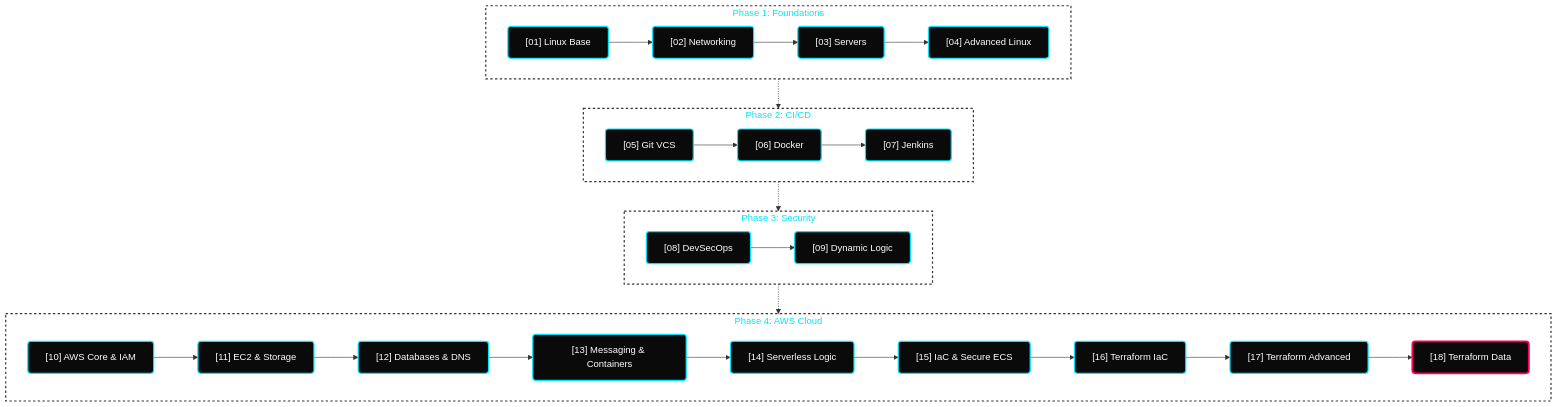
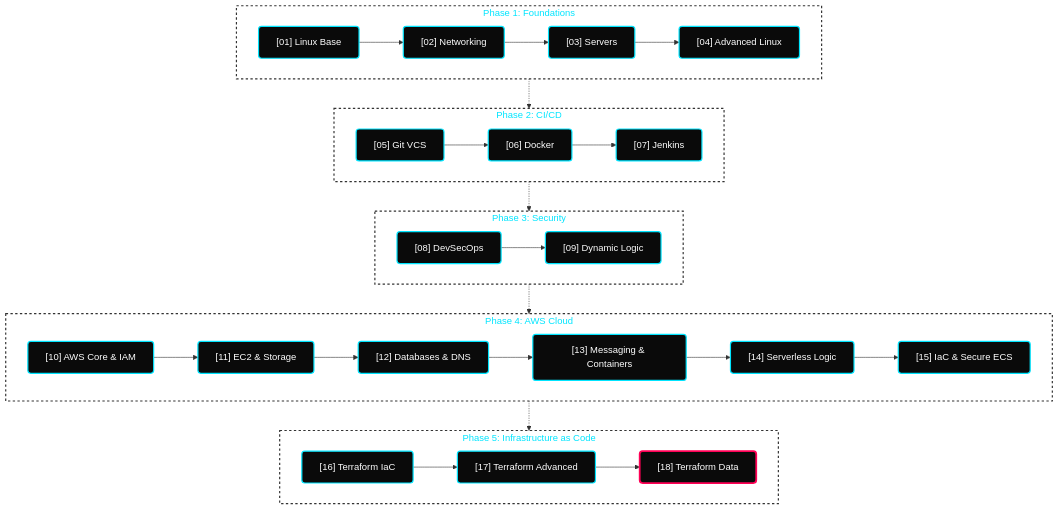
One commit to hridyen/DevOps-Survival-Roadmap changed the diagram in README.md. Above: the diagram before and after it, drawn with Mermaid. The commit also changed other lines of this file, not shown here.

Commit message:
updated readme with phase 5

````diff
--- a/README.md
+++ b/README.md
@@ -104,28 +106,33 @@
 ```mermaid
 flowchart TD
     classDef default fill:#0A0A0A,stroke:#00E5FF,stroke-width:2px,color:#FFFFFF,rx:5px,ry:5px;
     classDef active fill:#0A0A0A,stroke:#FF0055,stroke-width:3px,color:#FFFFFF,rx:5px,ry:5px;
     classDef phase fill:transparent,stroke:#333333,stroke-width:2px,stroke-dasharray: 4 4,color:#00E5FF;
 
     subgraph P1 [Phase 1: Foundations]
         A["[01] Linux Base"] --> B["[02] Networking"] --> C["[03] Servers"] --> D["[04] Advanced Linux"]
     end
 
     subgraph P2 [Phase 2: CI/CD]
         E["[05] Git VCS"] --> F["[06] Docker"] --> G["[07] Jenkins"]
     end
 
     subgraph P3 [Phase 3: Security]
         H["[08] DevSecOps"] --> I["[09] Dynamic Logic"]
     end
 
     subgraph P4 [Phase 4: AWS Cloud]
-        J["[10] AWS Core & IAM"] --> K["[11] EC2 & Storage"] --> L["[12] Databases & DNS"] --> M["[13] Messaging & Containers"] --> N["[14] Serverless Logic"] --> O["[15] IaC & Secure ECS"] --> P["[16] Terraform IaC"] --> Q["[17] Terraform Advanced"] --> R["[18] Terraform Data"]:::active
+        J["[10] AWS Core & IAM"] --> K["[11] EC2 & Storage"] --> L["[12] Databases & DNS"] --> M["[13] Messaging & Containers"] --> N["[14] Serverless Logic"] --> O["[15] IaC & Secure ECS"]
+    end
+
+    subgraph P5 [Phase 5: Infrastructure as Code]
+        P["[16] Terraform IaC"] --> Q["[17] Terraform Advanced"] --> R["[18] Terraform Data"]:::active
     end
 
     P1 -.-> P2
     P2 -.-> P3
     P3 -.-> P4
+    P4 -.-> P5
     
-    class P1,P2,P3,P4 phase;
+    class P1,P2,P3,P4,P5 phase;
 ```
````
